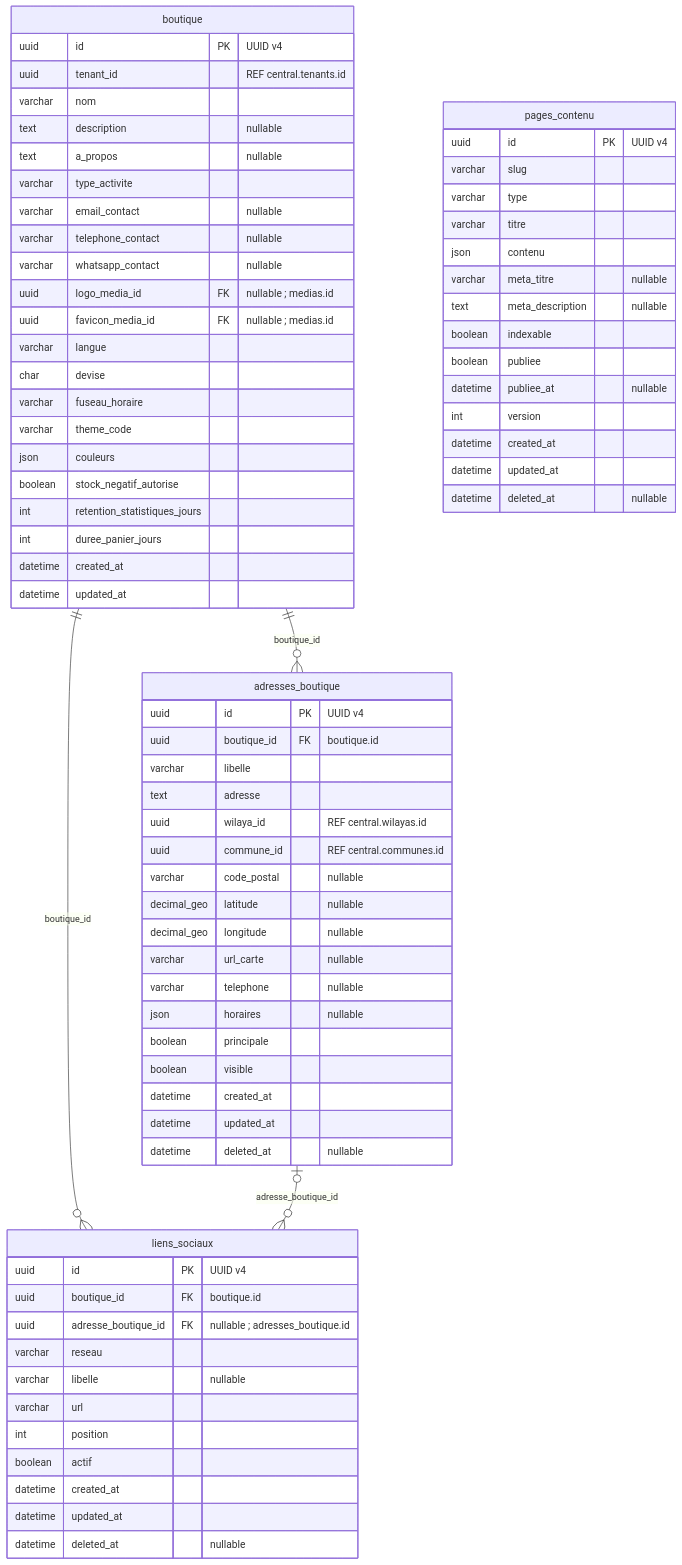
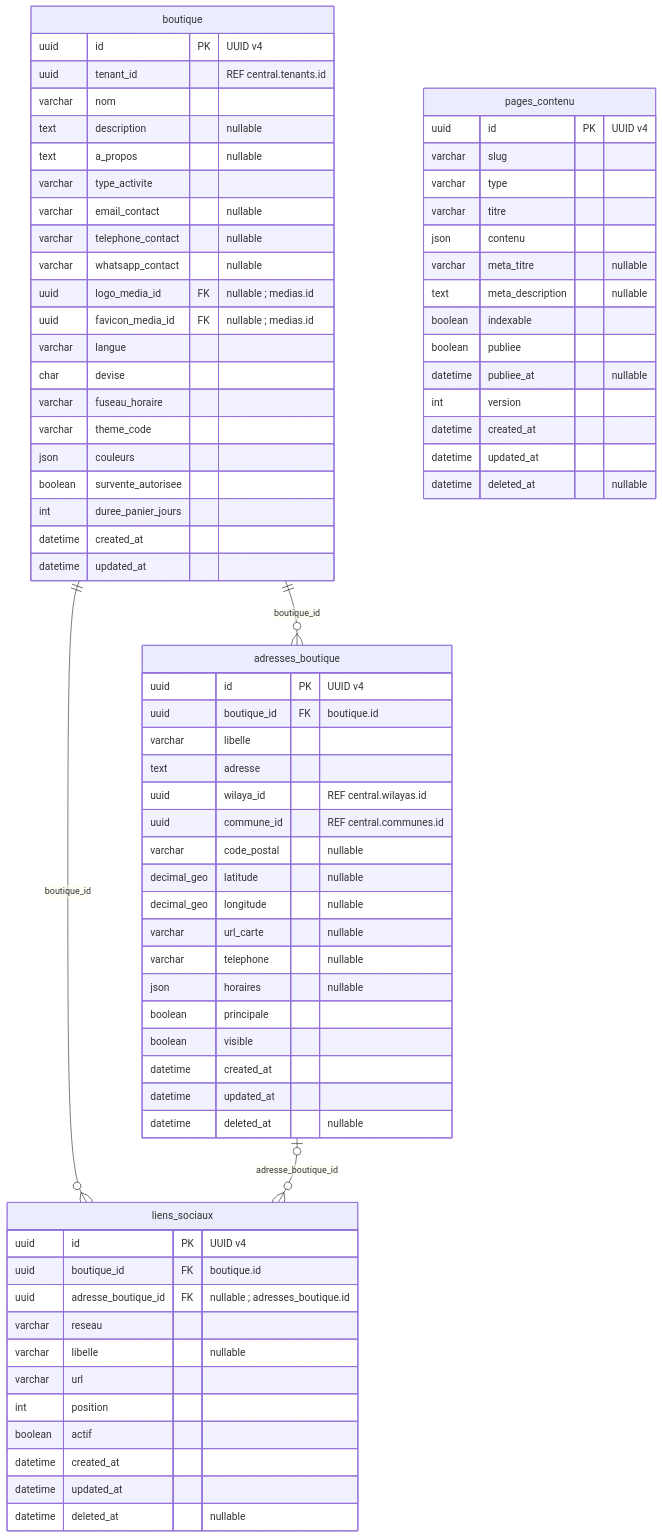
One commit to unitealfa/saas-ecom changed the tenth of 26 diagrams in Schema-BDD-SaaS-Ecommerce-UUID.md. Above: the diagram before and after it, drawn with Mermaid. The commit also changed other lines of this file, not shown here.

````diff
--- a/Schema-BDD-SaaS-Ecommerce-UUID.md
+++ b/Schema-BDD-SaaS-Ecommerce-UUID.md
@@ -536,78 +687,77 @@
 ```mermaid
 erDiagram
     direction TB
     boutique {
         uuid id PK "UUID v4"
         uuid tenant_id "REF central.tenants.id"
         varchar nom
         text description "nullable"
         text a_propos "nullable"
         varchar type_activite
         varchar email_contact "nullable"
         varchar telephone_contact "nullable"
         varchar whatsapp_contact "nullable"
         uuid logo_media_id FK "nullable ; medias.id"
         uuid favicon_media_id FK "nullable ; medias.id"
         varchar langue
         char devise
         varchar fuseau_horaire
         varchar theme_code
         json couleurs
-        boolean stock_negatif_autorise
-        int retention_statistiques_jours
+        boolean survente_autorisee
         int duree_panier_jours
         datetime created_at
         datetime updated_at
     }
     adresses_boutique {
         uuid id PK "UUID v4"
         uuid boutique_id FK "boutique.id"
         varchar libelle
         text adresse
         uuid wilaya_id "REF central.wilayas.id"
         uuid commune_id "REF central.communes.id"
         varchar code_postal "nullable"
         decimal_geo latitude "nullable"
         decimal_geo longitude "nullable"
         varchar url_carte "nullable"
         varchar telephone "nullable"
         json horaires "nullable"
         boolean principale
         boolean visible
         datetime created_at
         datetime updated_at
         datetime deleted_at "nullable"
     }
     liens_sociaux {
         uuid id PK "UUID v4"
         uuid boutique_id FK "boutique.id"
         uuid adresse_boutique_id FK "nullable ; adresses_boutique.id"
         varchar reseau
         varchar libelle "nullable"
         varchar url
         int position
         boolean actif
         datetime created_at
         datetime updated_at
         datetime deleted_at "nullable"
     }
     pages_contenu {
         uuid id PK "UUID v4"
         varchar slug
         varchar type
         varchar titre
         json contenu
         varchar meta_titre "nullable"
         text meta_description "nullable"
         boolean indexable
         boolean publiee
         datetime publiee_at "nullable"
         int version
         datetime created_at
         datetime updated_at
         datetime deleted_at "nullable"
     }
     boutique ||--o{ adresses_boutique : boutique_id
     boutique ||--o{ liens_sociaux : boutique_id
     adresses_boutique |o--o{ liens_sociaux : adresse_boutique_id
 ```
````
